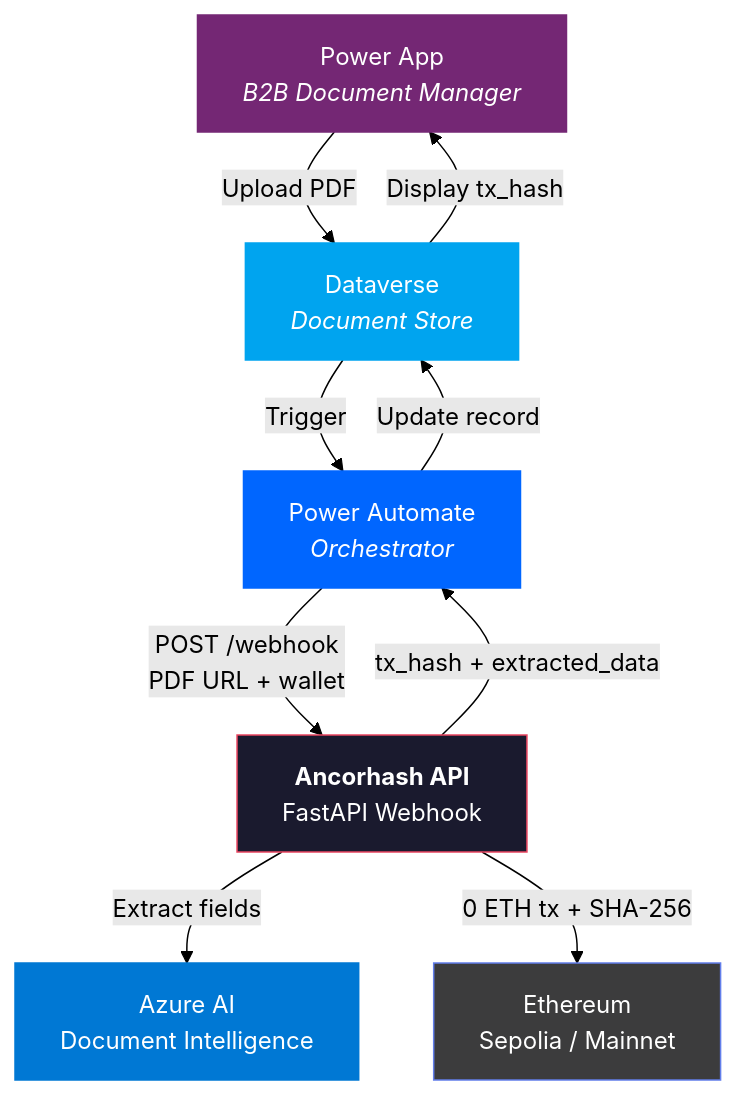
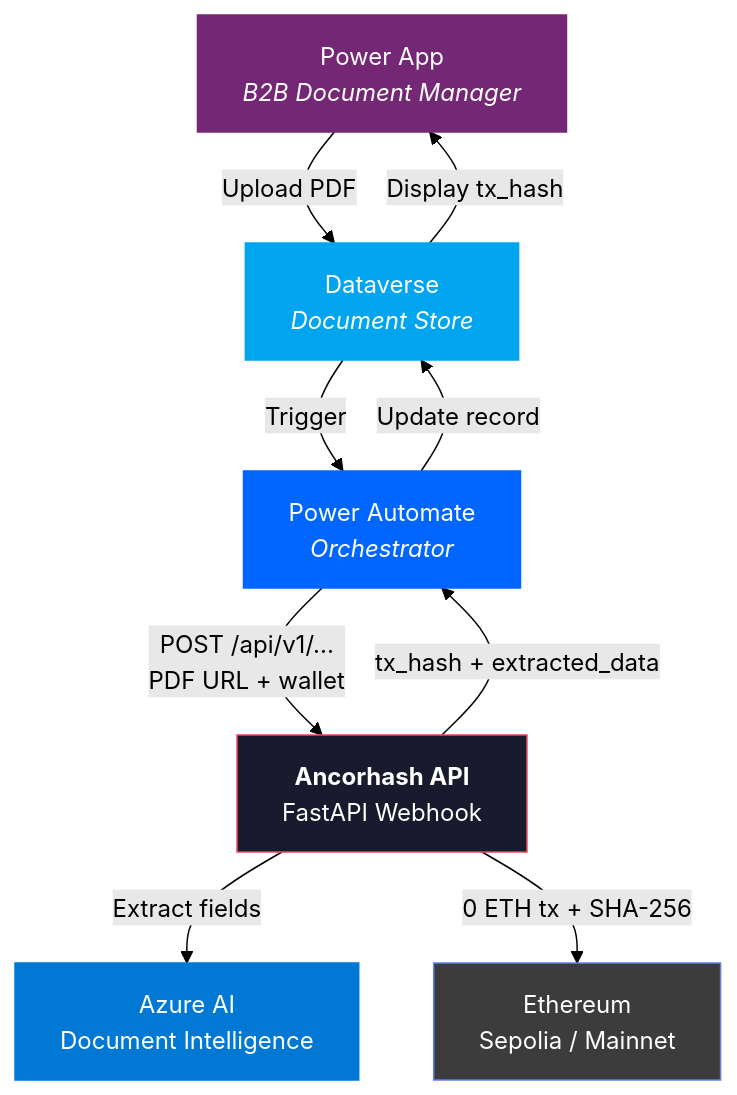
One commit to N0g4D/azure-web3-notarizer changed the diagram in README.md. Above: the diagram before and after it, drawn with Mermaid (forest theme). The commit also changed other lines of this file and 3 other files, not shown here.

````diff
--- a/README.md
+++ b/README.md
@@ -31,25 +31,25 @@
 ```mermaid
 graph TB
     PA["Power App<br/><i>B2B Document Manager</i>"]
     AUTO["Power Automate<br/><i>Orchestrator</i>"]
     API["<b>Ancorhash API</b><br/>FastAPI Webhook"]
     AZ["Azure AI<br/>Document Intelligence"]
     ETH["Ethereum<br/>Sepolia / Mainnet"]
     DV["Dataverse<br/><i>Document Store</i>"]
 
     PA -->|"Upload PDF"| DV
     DV -->|"Trigger"| AUTO
-    AUTO -->|"POST /webhook<br/>PDF URL + wallet"| API
+    AUTO -->|"POST /api/v1/...<br/>PDF URL + wallet"| API
     API -->|"Extract fields"| AZ
     API -->|"0 ETH tx + SHA-256"| ETH
     API -->|"tx_hash + extracted_data"| AUTO
     AUTO -->|"Update record"| DV
     DV -->|"Display tx_hash"| PA
 
     style API fill:#1a1a2e,stroke:#e94560,color:#fff
     style ETH fill:#3C3C3D,stroke:#627EEA,color:#fff
     style AZ fill:#0078D4,stroke:#0078D4,color:#fff
     style PA fill:#742774,stroke:#742774,color:#fff
     style AUTO fill:#0066FF,stroke:#0066FF,color:#fff
     style DV fill:#00A4EF,stroke:#00A4EF,color:#fff
 ```
````
